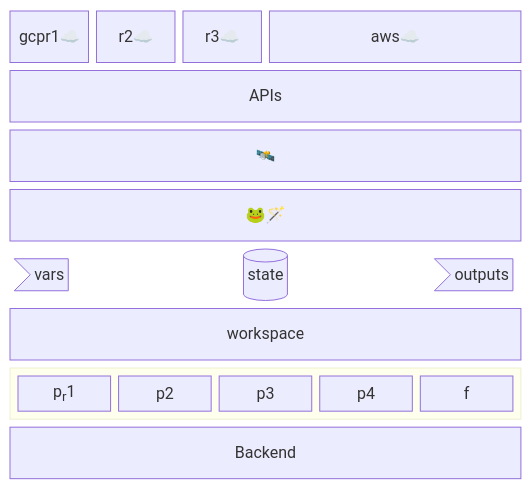
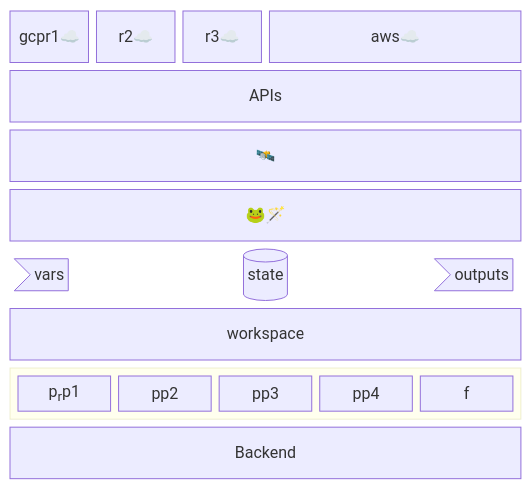
Before and after one commit to sohale/cs-glossaries: the diagram in devops/terraform-tut.md, drawn with Mermaid.

````diff
--- a/devops/terraform-tut.md
+++ b/devops/terraform-tut.md
@@ -78,30 +78,30 @@
 ```mermaid
 block-beta
   columns 6
   gcpr1☁️ r2☁️ r3☁️ aws☁️:3
   %% resources on cloud providers
   APIs:6
   interwebs["🛰️"]:6
   %% block:group1:6
   %%   columns 2
   %%   h i j k
   %% end
   g["🐸🪄"]:6
   %% block:group2:6
   %%  %% columns auto (default)
   %%  p1 p2 p3  p4 p5 p6
   %% end
   %% outputs["outputs"]:6
   vars1>"vars"]:1
   state1[("state")]:4
   outs1>"outputs"]:1
   %% variables["variables"]:6
   workspace["workspace"]:6
   block:group3:6
     columns 5
     %%  The width of the columns is determined by the widest block
     %% pp["provider plugins"]:1
-    p1["p<sub>r</sub>1"]:1 p2:1 p3:1 p4:1 f:1
+    p1["p<sub>r</sub>p1"]:1 pp2:1 pp3:1 pp4:1 f:1
   end
   Backend:6
 ```
````
